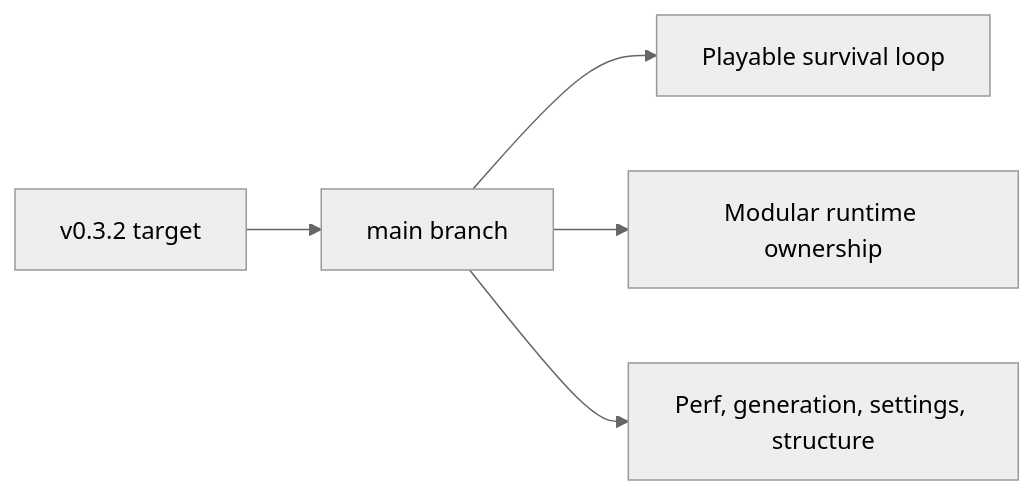
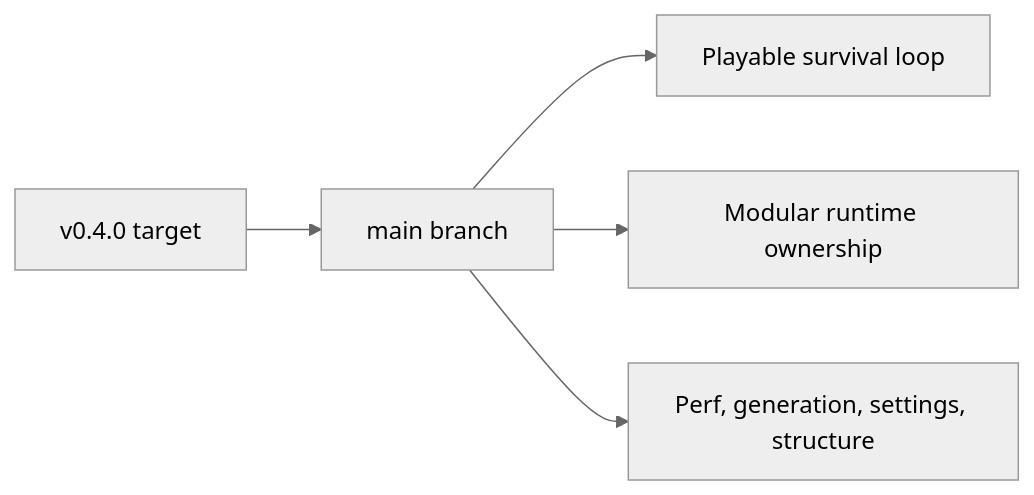
The second of 11 diagrams in README.md (AlexAgo83/emberwake), drawn with Mermaid (neutral theme) before and after one commit. The commit also changed other lines of this file and 4 other files, not shown here.

````diff
--- a/README.md
+++ b/README.md
@@ -48,7 +48,7 @@
 ```mermaid
 flowchart LR
-    Release[v0.3.2 target] --> Main[main branch]
+    Release[v0.4.0 target] --> Main[main branch]
     Main --> Playable[Playable survival loop]
     Main --> Modular[Modular runtime ownership]
     Main --> Next[Perf, generation, settings, structure]
 ```
````
